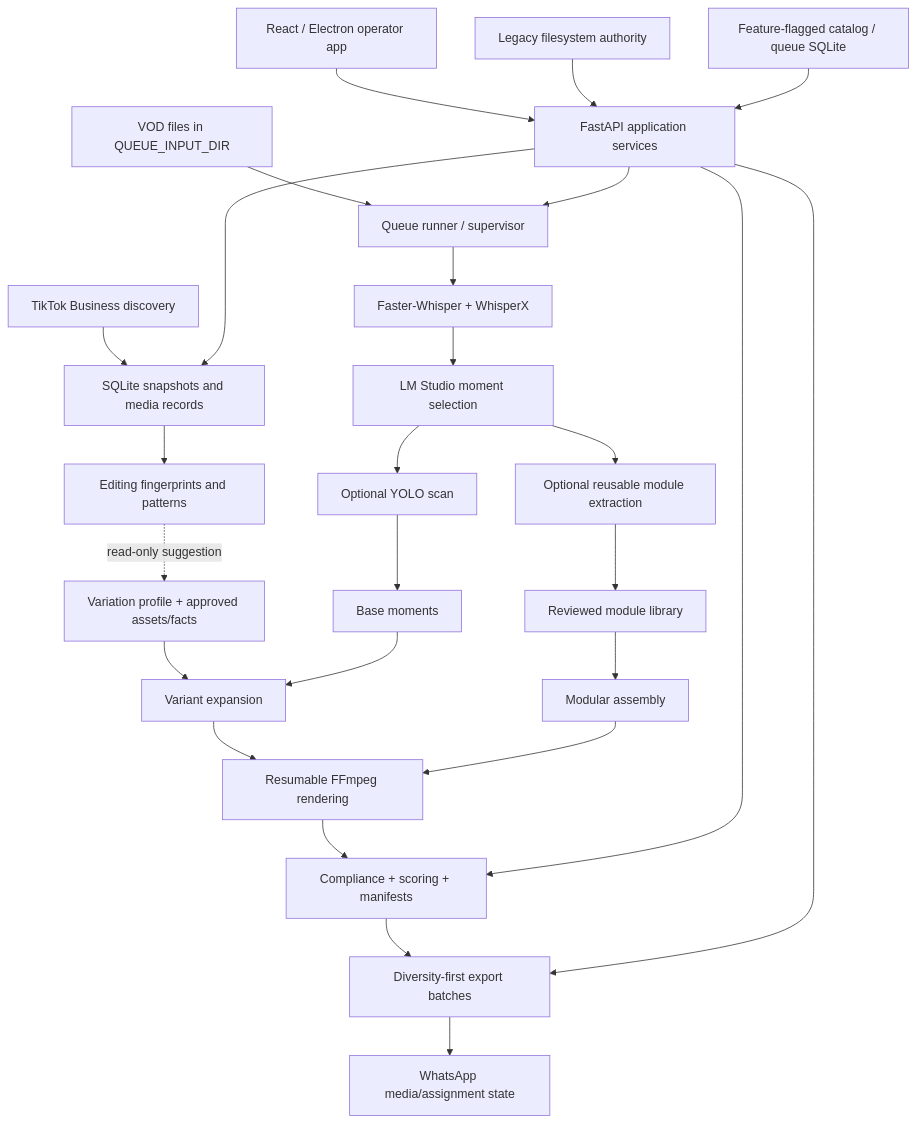
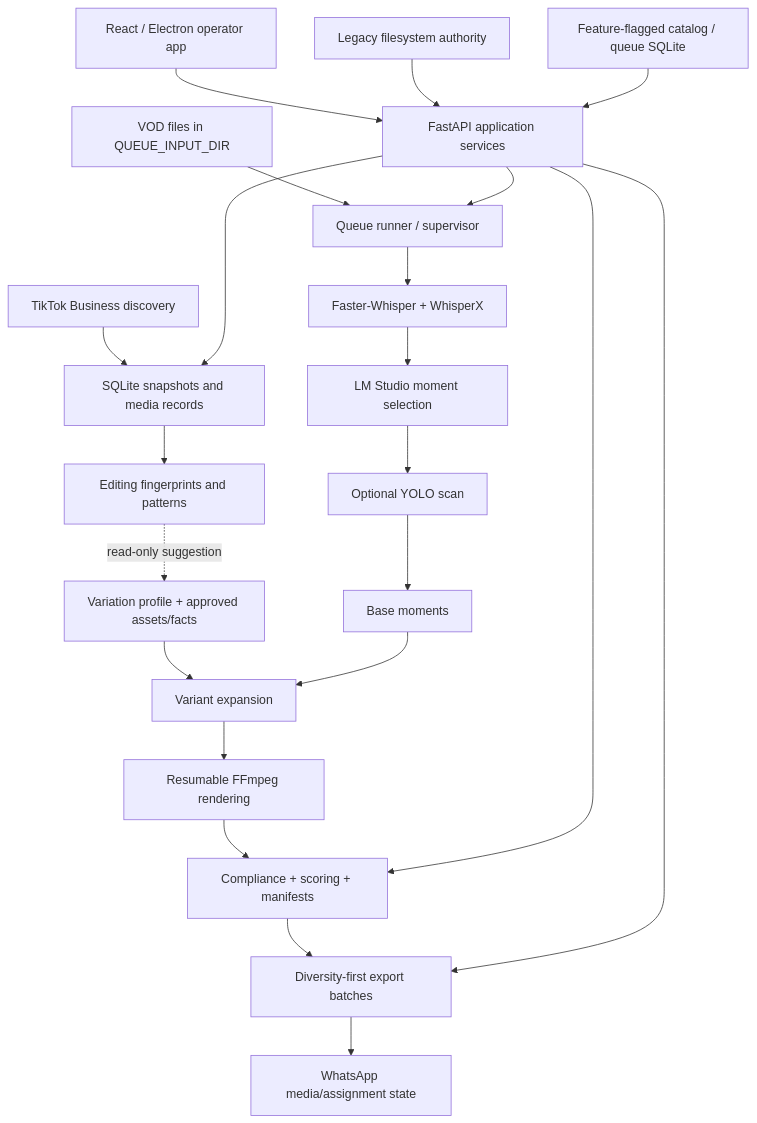
Before and after one commit to hlivestr-alt/Clipper: the diagram in PROJECT_CONTEXT.md, drawn with Mermaid. The commit also changed other lines of this file and 60 other files, not shown here.

````diff
--- a/PROJECT_CONTEXT.md
+++ b/PROJECT_CONTEXT.md
@@ -39,28 +40,24 @@
 ```mermaid
 flowchart TD
     A["VOD files in QUEUE_INPUT_DIR"] --> B["Queue runner / supervisor"]
     B --> C["Faster-Whisper + WhisperX"]
     C --> D["LM Studio moment selection"]
     D --> E["Optional YOLO scan"]
-    D --> F["Optional reusable module extraction"]
     E --> G["Base moments"]
     H["Variation profile + approved assets/facts"] --> I["Variant expansion"]
     G --> I
     I --> J["Resumable FFmpeg rendering"]
     J --> K["Compliance + scoring + manifests"]
     K --> L["Diversity-first export batches"]
     L --> M["WhatsApp media/assignment state"]
-    F --> N["Reviewed module library"]
-    N --> O["Modular assembly"]
-    O --> J
     P["TikTok Business discovery"] --> Q["SQLite snapshots and media records"]
     Q --> R["Editing fingerprints and patterns"]
     R -. "read-only suggestion" .-> H
     S["FastAPI application services"] --> B
     S --> K
     S --> L
     S --> Q
     T["React / Electron operator app"] --> S
     U["Legacy filesystem authority"] --> S
     V["Feature-flagged catalog / queue SQLite"] --> S
 ```
````
